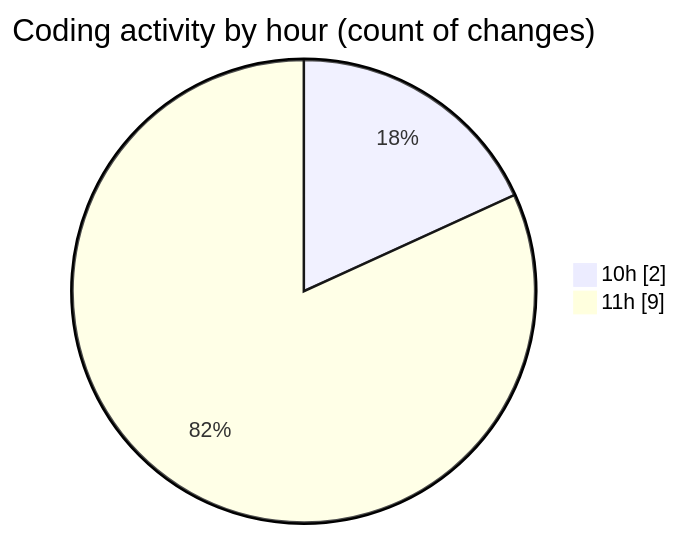
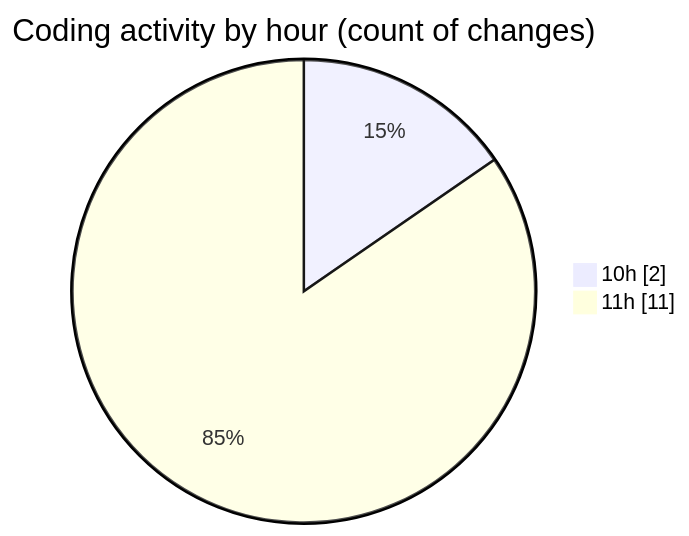
Before and after one commit to MatusMokan/code-tracking: the second of 2 diagrams in 2025-03-17/myws__workspace_/README.md, drawn with Mermaid. The commit also changed other lines of this file and 1 other file, not shown here.

````diff
--- a/2025-03-17/myws__workspace_/README.md
+++ b/2025-03-17/myws__workspace_/README.md
@@ -29,6 +29,6 @@
 ```mermaid
 pie showData
 title Coding activity by hour (count of changes)
 "10h" : 2
-"11h" : 9
+"11h" : 11
 ```
````
